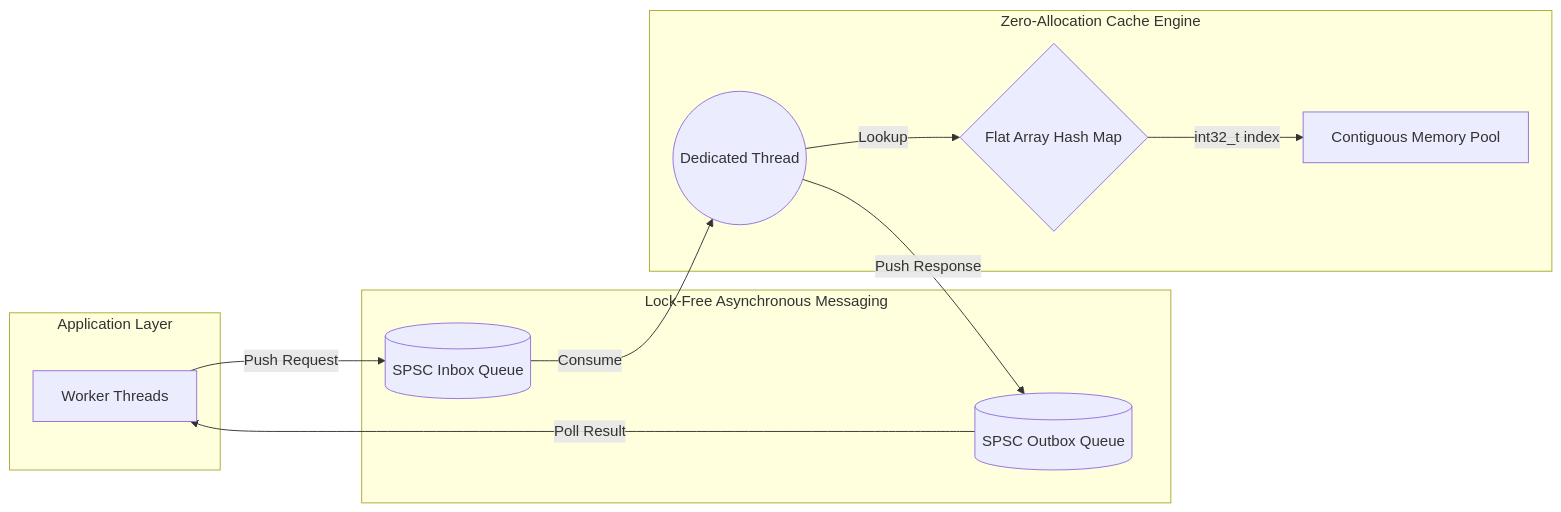
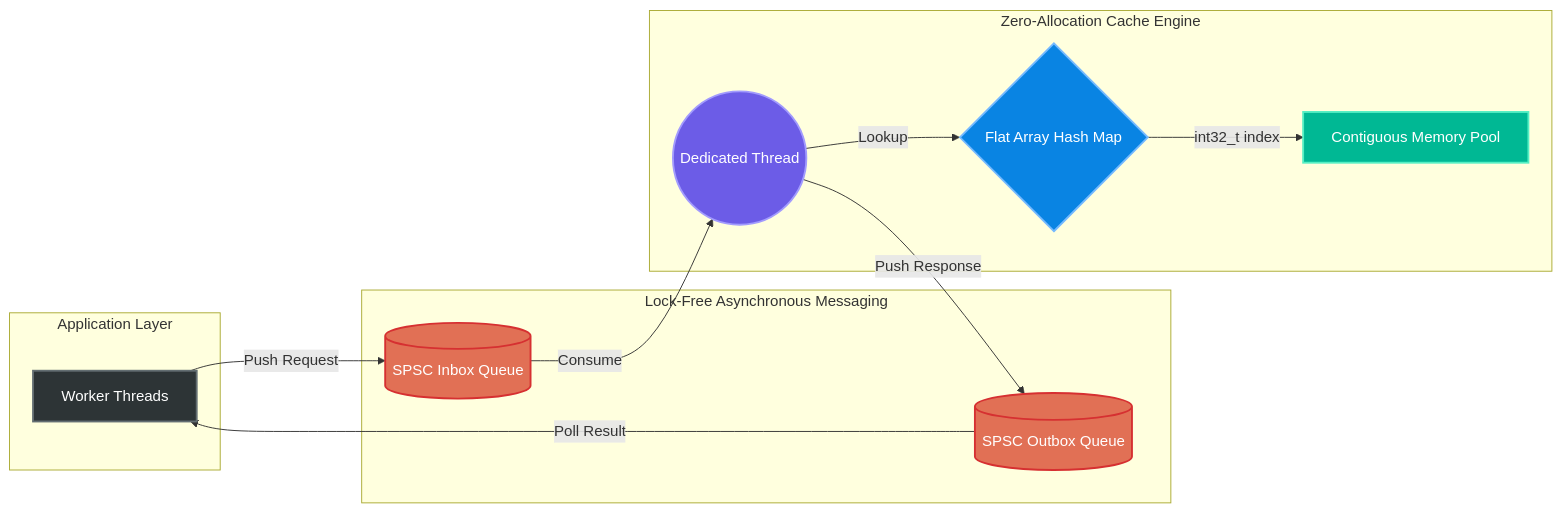
The diagram in README.md (TY-SO-N/LRU_Cache), drawn with Mermaid before and after one commit.

Commit message:
docs: add custom vibrant colors to architecture diagram

````diff
--- a/README.md
+++ b/README.md
@@ -76,26 +76,33 @@
 ```mermaid
 flowchart LR
+    %% Custom Vibrant Color Palette
+    classDef worker fill:#2d3436,stroke:#636e72,stroke-width:2px,color:#fff
+    classDef queue fill:#e17055,stroke:#d63031,stroke-width:2px,color:#fff
+    classDef thread fill:#6c5ce7,stroke:#a29bfe,stroke-width:2px,color:#fff
+    classDef hash fill:#0984e3,stroke:#74b9ff,stroke-width:2px,color:#fff
+    classDef mem fill:#00b894,stroke:#55efc4,stroke-width:2px,color:#fff
+
     subgraph Client [Application Layer]
-        WT[Worker Threads]
+        WT[Worker Threads]:::worker
     end
 
     subgraph Comm [Lock-Free Asynchronous Messaging]
-        Inbox[(SPSC Inbox Queue)]
-        Outbox[(SPSC Outbox Queue)]
+        Inbox[(SPSC Inbox Queue)]:::queue
+        Outbox[(SPSC Outbox Queue)]:::queue
     end
 
     subgraph Core [Zero-Allocation Cache Engine]
-        DT((Dedicated Thread))
-        HM{Flat Array Hash Map}
-        MP[Contiguous Memory Pool]
+        DT((Dedicated Thread)):::thread
+        HM{Flat Array Hash Map}:::hash
+        MP[Contiguous Memory Pool]:::mem
         
         DT -->|Lookup| HM
         HM -->|int32_t index| MP
     end
 
     WT -->|Push Request| Inbox
     Inbox -->|Consume| DT
     
     DT -->|Push Response| Outbox
     Outbox -->|Poll Result| WT
 ```
````
